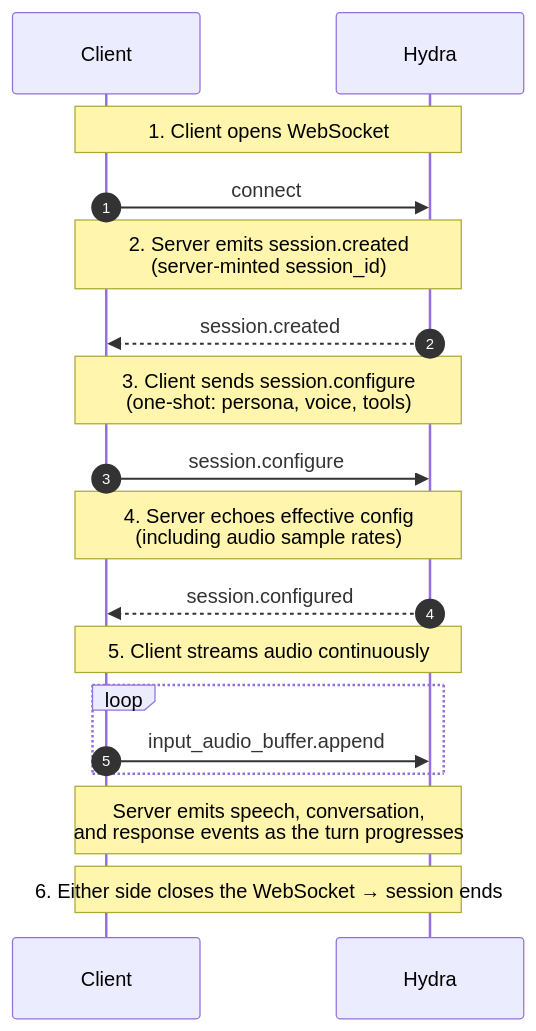
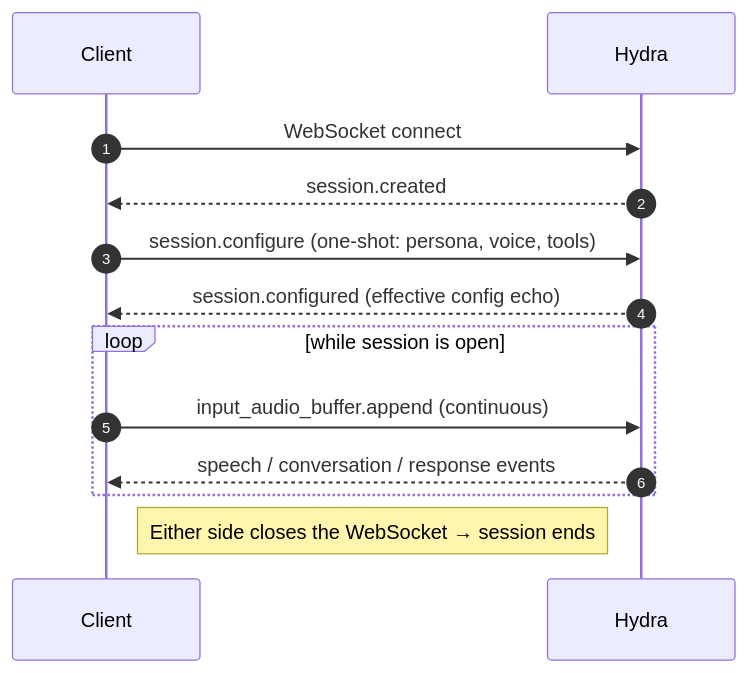
The diagram in fern/products/waves/pages/v4.0.0/speech-to-speech/managing-sessions.mdx (smallest-inc/smallest-ai-documentation), drawn with Mermaid before and after one commit. The commit also changed 3 other files, not shown here.

First line of the commit message:
docs(hydra): simplify lifecycle diagram + scope prompting page to verifiable content

````diff
--- a/fern/products/waves/pages/v4.0.0/speech-to-speech/managing-sessions.mdx
+++ b/fern/products/waves/pages/v4.0.0/speech-to-speech/managing-sessions.mdx
@@ -11,20 +11,15 @@
 ```mermaid
 sequenceDiagram
     autonumber
     participant C as Client
     participant H as Hydra
-    Note over C,H: 1. Client opens WebSocket
-    C->>H: connect
-    Note over C,H: 2. Server emits session.created<br/>(server-minted session_id)
+    C->>H: WebSocket connect
     H-->>C: session.created
-    Note over C,H: 3. Client sends session.configure<br/>(one-shot: persona, voice, tools)
-    C->>H: session.configure
-    Note over C,H: 4. Server echoes effective config<br/>(including audio sample rates)
-    H-->>C: session.configured
-    Note over C,H: 5. Client streams audio continuously
-    loop
-        C->>H: input_audio_buffer.append
+    C->>H: session.configure (one-shot: persona, voice, tools)
+    H-->>C: session.configured (effective config echo)
+    loop while session is open
+        C->>H: input_audio_buffer.append (continuous)
+        H-->>C: speech / conversation / response events
     end
-    Note over C,H: Server emits speech, conversation,<br/>and response events as the turn progresses
-    Note over C,H: 6. Either side closes the WebSocket → session ends
+    Note right of C: Either side closes the WebSocket → session ends
 ```
````
